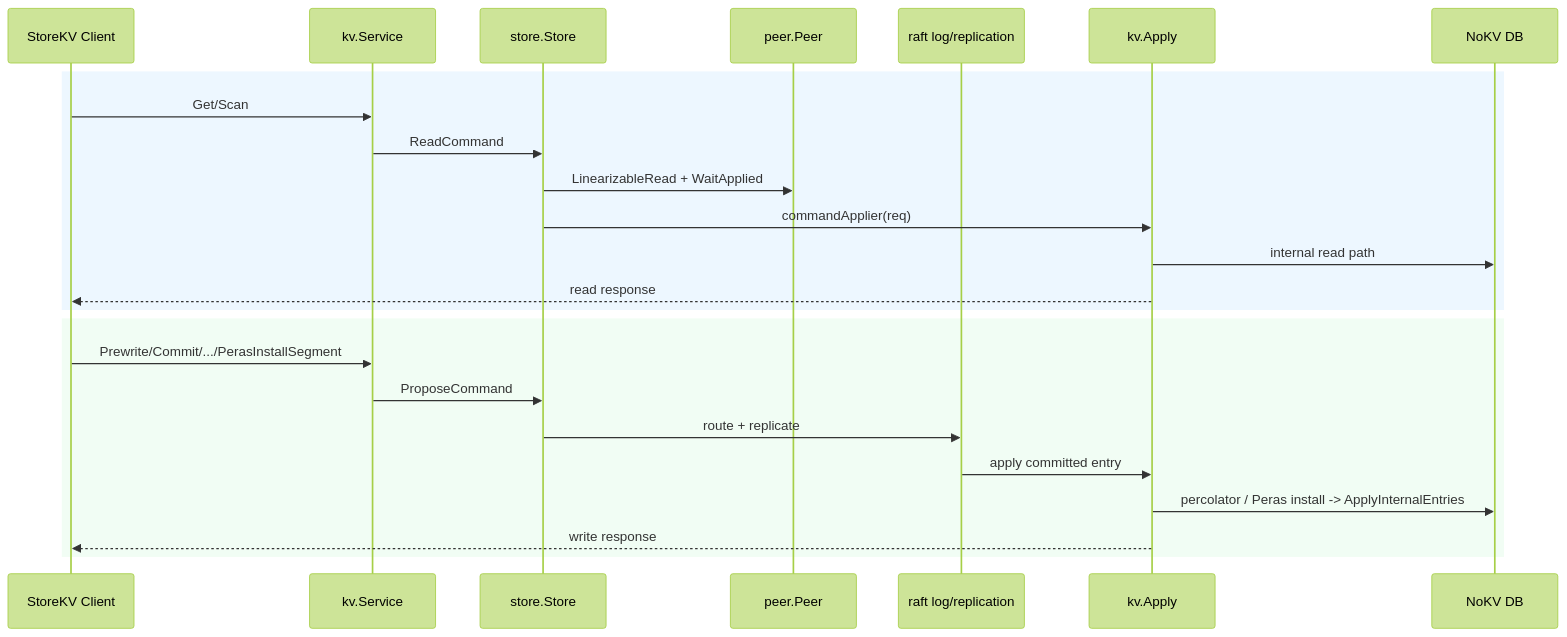
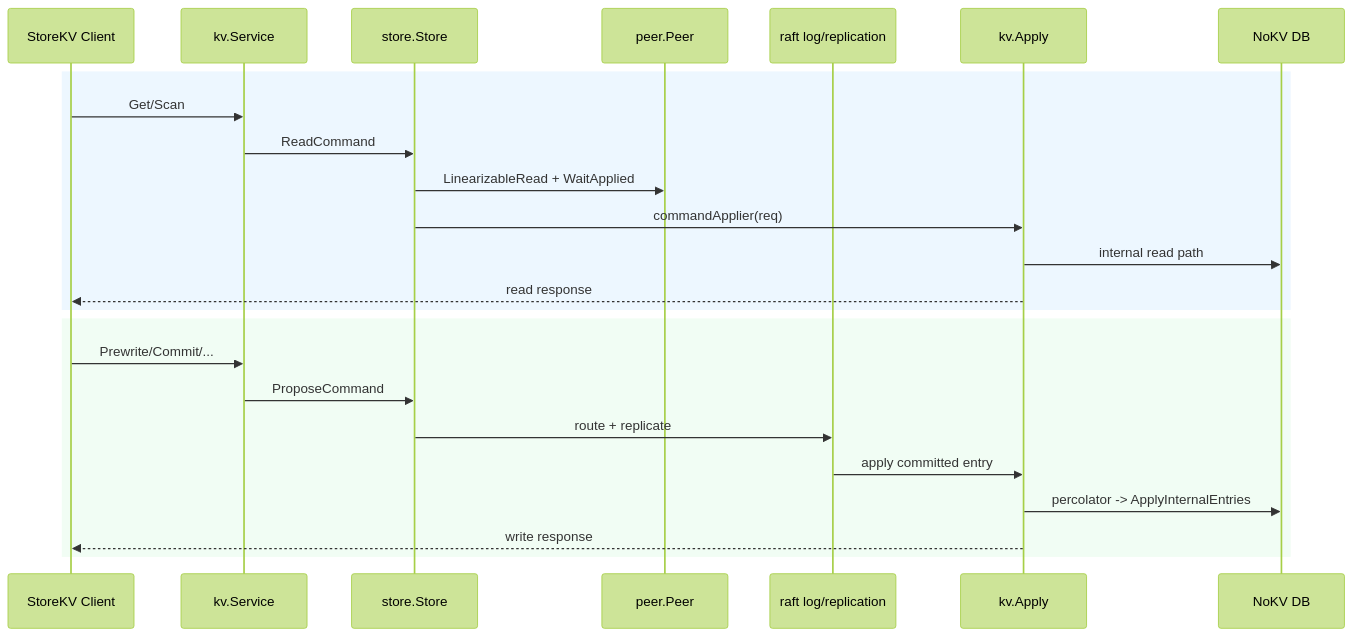
The second of 2 diagrams in docs/guide/raftstore.md (feichai0017/NoKV), drawn with Mermaid (forest theme) before and after one commit. The commit also changed other lines of this file and 348 other files, not shown here.

````diff
--- a/docs/guide/raftstore.md
+++ b/docs/guide/raftstore.md
@@ -114,28 +114,28 @@
 ```mermaid
 sequenceDiagram
     participant C as StoreKV Client
     participant SVC as kv.Service
     participant ST as store.Store
     participant PR as peer.Peer
     participant RF as raft log/replication
     participant AP as kv.Apply
     participant DB as NoKV DB
 
     rect rgb(237, 247, 255)
       C->>SVC: Get/Scan
       SVC->>ST: ReadCommand
       ST->>PR: LinearizableRead + WaitApplied
       ST->>AP: commandApplier(req)
       AP->>DB: internal read path
       AP-->>C: read response
     end
 
     rect rgb(241, 253, 244)
-      C->>SVC: Prewrite/Commit/.../PerasInstallSegment
+      C->>SVC: Prewrite/Commit/...
       SVC->>ST: ProposeCommand
       ST->>RF: route + replicate
       RF->>AP: apply committed entry
-      AP->>DB: percolator / Peras install -> ApplyInternalEntries
+      AP->>DB: percolator -> ApplyInternalEntries
       AP-->>C: write response
     end
 ```
````
